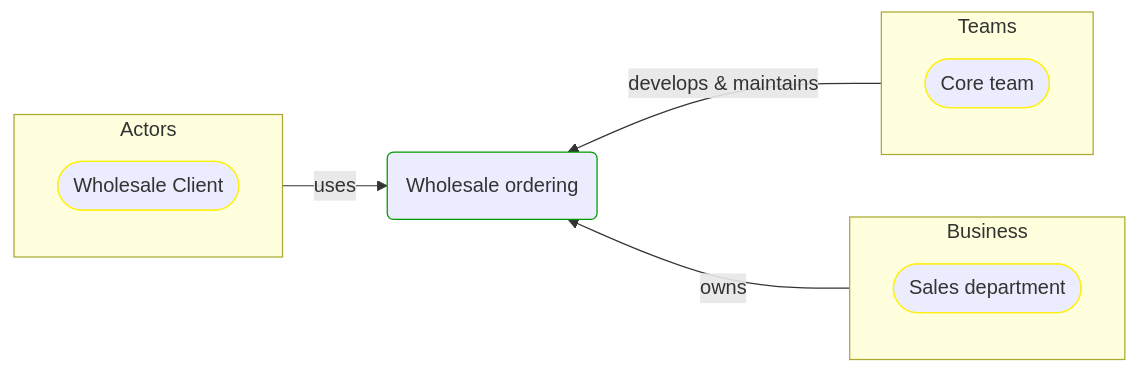
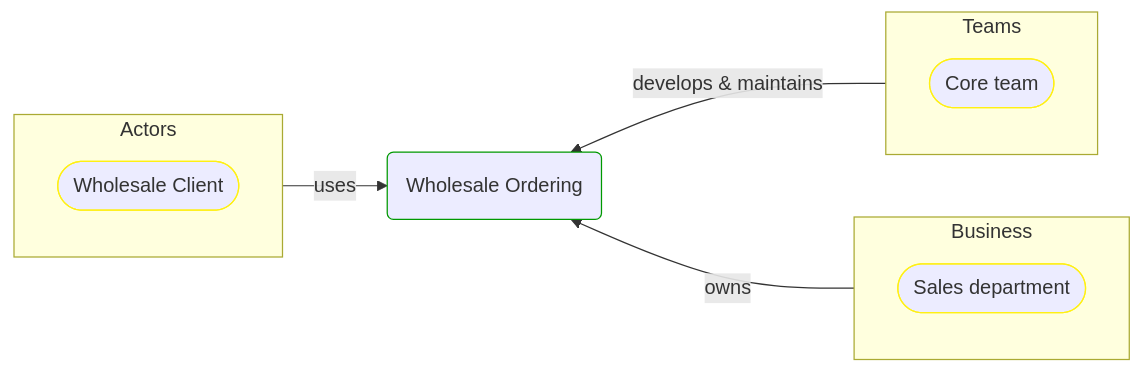
Before and after one commit to itlibrium/DDD-starter-dotnet: the fourth of 4 diagrams in Docs/P3/MermaidOutput/Domain/Processes/WholesaleOrdering.md, drawn with Mermaid. The commit also changed other lines of this file and 237 other files, not shown here.

````diff
--- a/Docs/P3/MermaidOutput/Domain/Processes/WholesaleOrdering.md
+++ b/Docs/P3/MermaidOutput/Domain/Processes/WholesaleOrdering.md
@@ -84,31 +84,31 @@
 ```mermaid
   flowchart LR
     subgraph 0["Actors"]
       direction TB
       1([Wholesale Client])
       class 1 PeoplePerspective
     end
-    2(Wholesale ordering)
+    2(Wholesale Ordering)
     class 2 DomainPerspective
     0-->|uses|2
     subgraph 3["Teams"]
       direction TB
       4([Core team])
       class 4 PeoplePerspective
     end
     2---3
     3-->|develops & maintains|2
     3---2
     subgraph 5["Business"]
       direction TB
       6([Sales department])
       class 6 PeoplePerspective
     end
     2---5
     5-->|owns|2
     5---2
     linkStyle 1,3,4,6 stroke:none
     classDef DomainPerspective stroke:#009900
     classDef TechnologyPerspective stroke:#1F41EB
     classDef PeoplePerspective stroke:#FFF014
 ```
````
